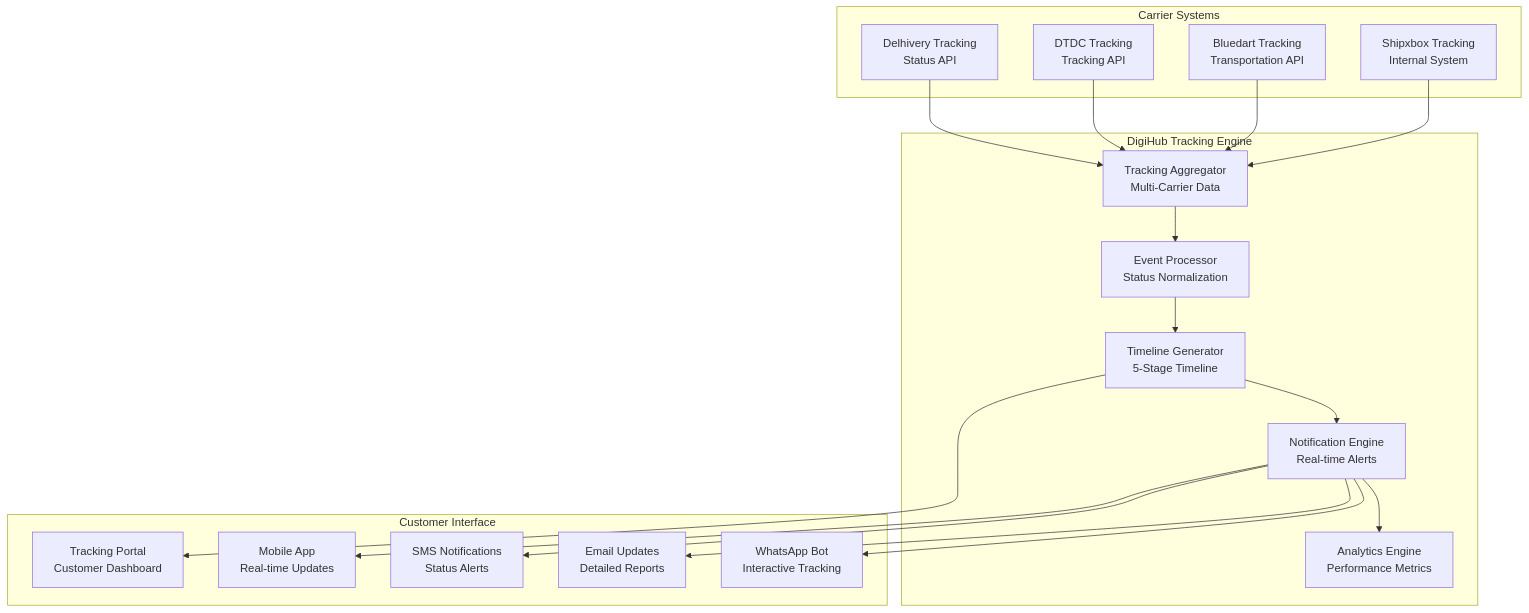
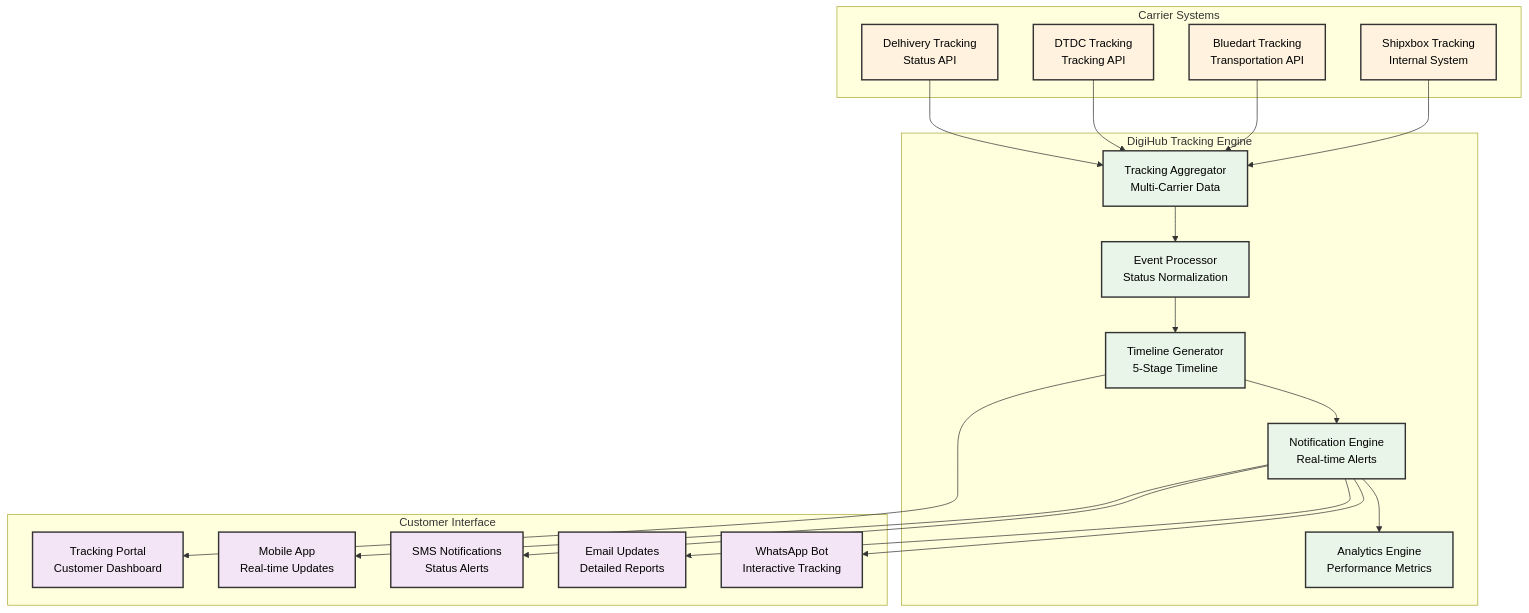
Before and after one commit to sandeepkumar0801/Digihub: diagram 15 of 44 in README.md, drawn with Mermaid. The commit also changed other lines of this file and 1 other file, not shown here.

````diff
--- a/README.md
+++ b/README.md
@@ -2570,42 +2753,46 @@
 ```mermaid
 graph TD
     subgraph "Carrier Systems"
         A1[Shipxbox Tracking<br/>Internal System]
         A2[Bluedart Tracking<br/>Transportation API]
         A3[DTDC Tracking<br/>Tracking API]
         A4[Delhivery Tracking<br/>Status API]
     end
 
     subgraph "DigiHub Tracking Engine"
         B1[Tracking Aggregator<br/>Multi-Carrier Data]
         B2[Event Processor<br/>Status Normalization]
         B3[Timeline Generator<br/>5-Stage Timeline]
         B4[Notification Engine<br/>Real-time Alerts]
         B5[Analytics Engine<br/>Performance Metrics]
     end
 
     subgraph "Customer Interface"
         C1[Tracking Portal<br/>Customer Dashboard]
         C2[Mobile App<br/>Real-time Updates]
         C3[SMS Notifications<br/>Status Alerts]
         C4[Email Updates<br/>Detailed Reports]
         C5[WhatsApp Bot<br/>Interactive Tracking]
     end
 
     A1 --> B1
     A2 --> B1
     A3 --> B1
     A4 --> B1
 
     B1 --> B2 --> B3 --> B4 --> B5
 
     B3 --> C1
     B4 --> C2
     B4 --> C3
     B4 --> C4
     B4 --> C5
 
+    classDef carriers fill:#fff3e0,stroke:#333333,stroke-width:2px,color:#000000
+    classDef engine fill:#e8f5e8,stroke:#333333,stroke-width:2px,color:#000000
+    classDef interface fill:#f3e5f5,stroke:#333333,stroke-width:2px,color:#000000
 
-
-
+    class A1,A2,A3,A4 carriers
+    class B1,B2,B3,B4,B5 engine
+    class C1,C2,C3,C4,C5 interface
 ```
````
